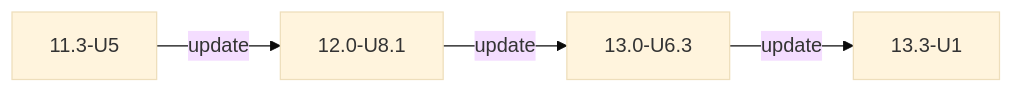
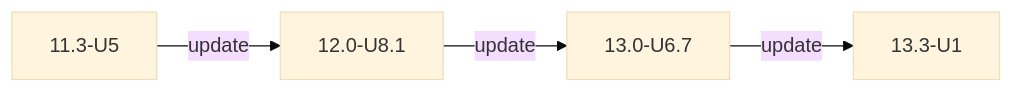
One commit to truenas/documentation changed the first of 2 diagrams in static/includes/COREUpgradePaths.md. Above: the diagram before and after it, drawn with Mermaid (base theme). The commit also changed other lines of this file and 2 other files, not shown here.

Commit message:
Add 13.0-U6.6 and 13.0-U6.7 to 13.3 branch data files (#3457)
* Add 13.0-U6.6 to 13.3 branch data files

* Update core-downloads.yaml

* Update core-releases.yaml

* Update COREUpgradePaths.md

---------

```diff
--- a/static/includes/COREUpgradePaths.md
+++ b/static/includes/COREUpgradePaths.md
@@ -12,6 +12,6 @@
       {{< mermaid class="mermaid_sizing" >}}
       flowchart LR
       A["11.3-U5"] -->|update| B["12.0-U8.1"]
-      B -->|update| C["13.0-U6.3"]
+      B -->|update| C["13.0-U6.7"]
       C -->|update| D["13.3-U1"]
       {{< /mermaid >}}
```
